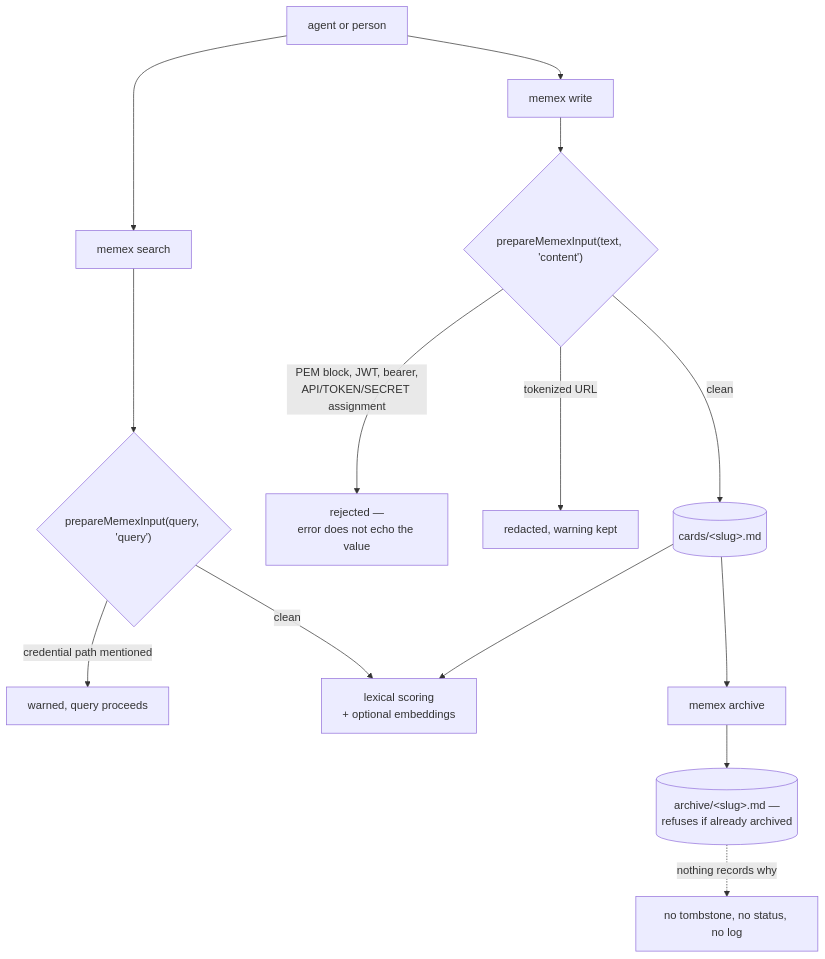
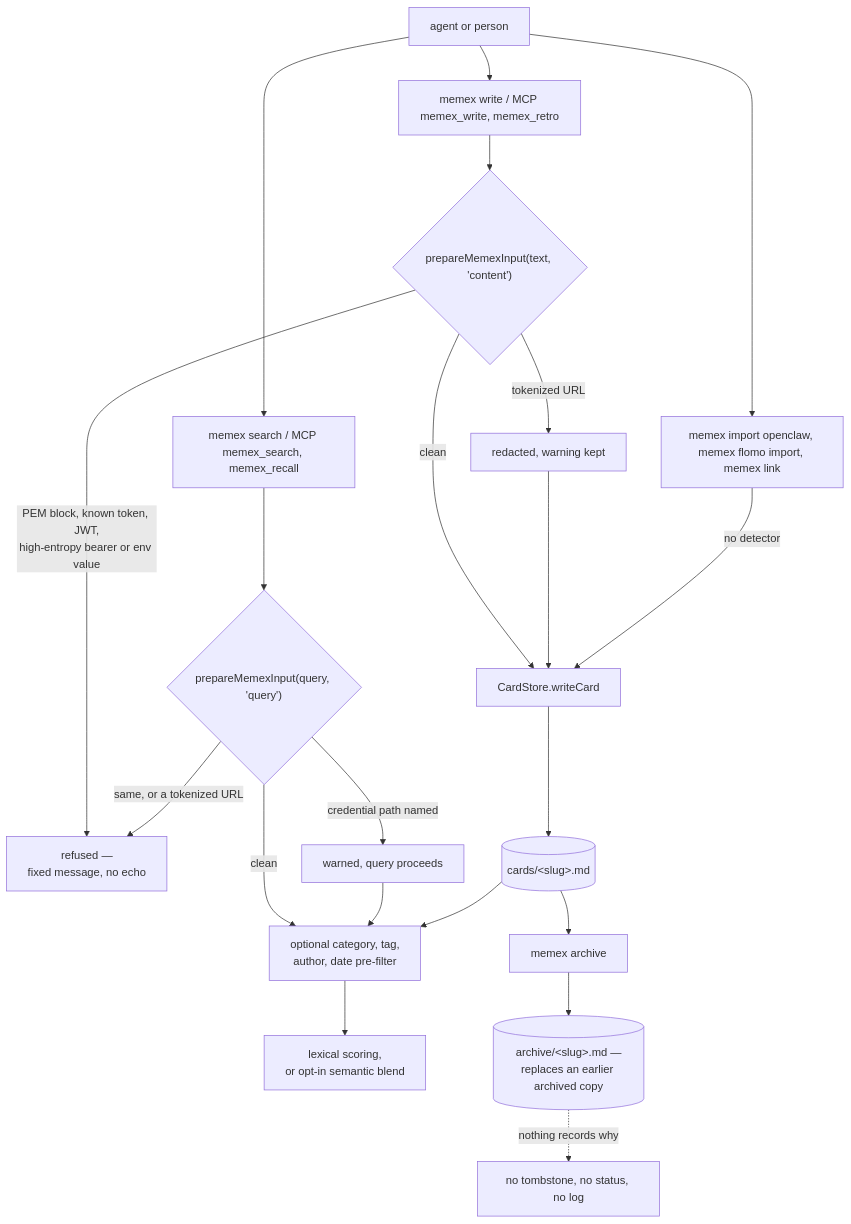
Before and after one commit to neoneye/agent-memory-atlas: the diagram in content/systems/memex-zettel.md, drawn with Mermaid. The commit also changed other lines of this file and 22 other files, not shown here.

````diff
--- a/content/systems/memex-zettel.md
+++ b/content/systems/memex-zettel.md
@@ -75,17 +97,24 @@
 ```mermaid
-%% caption: the credential detector is the only thing standing between an agent and a card, and it runs on the query as well as the write because a query can leak a secret as easily as a note can
+%% caption: the detector guards the write and search commands, not the store; importers and the link command reach the cards directory without it, and archiving leaves nothing that says why
 flowchart TB
-    A["agent or person"] --> W["memex write"]
-    A --> Q["memex search"]
+    A["agent or person"] --> W["memex write / MCP memex_write, memex_retro"]
+    A --> Q["memex search / MCP memex_search, memex_recall"]
+    A --> IMP["memex import openclaw, memex flomo import, memex link"]
     W --> G1{"prepareMemexInput(text, 'content')"}
     Q --> G2{"prepareMemexInput(query, 'query')"}
-    G1 -->|"PEM block, JWT, bearer,<br/>API/TOKEN/SECRET assignment"| REJ["rejected —<br/>error does not echo the value"]
-    G2 -->|"credential path mentioned"| WARN["warned, query proceeds"]
+    G1 -->|"PEM block, known token, JWT,<br/>high-entropy bearer or env value"| REJ["refused —<br/>fixed message, no echo"]
+    G2 -->|"same, or a tokenized URL"| REJ
     G1 -->|"tokenized URL"| RED["redacted, warning kept"]
-    G1 -->|clean| CARD[("cards/&lt;slug&gt;.md")]
-    G2 -->|clean| SCORE["lexical scoring<br/>+ optional embeddings"]
-    CARD --> SCORE
+    G2 -->|"credential path named"| WARN["warned, query proceeds"]
+    G1 -->|clean| STORE["CardStore.writeCard"]
+    RED --> STORE
+    IMP -->|"no detector"| STORE
+    STORE --> CARD[("cards/&lt;slug&gt;.md")]
+    G2 -->|clean| FILT["optional category, tag,<br/>author, date pre-filter"]
+    WARN --> FILT
+    CARD --> FILT
+    FILT --> SCORE["lexical scoring,<br/>or opt-in semantic blend"]
     CARD --> ARCH["memex archive"]
-    ARCH --> AD[("archive/&lt;slug&gt;.md —<br/>refuses if already archived")]
+    ARCH --> AD[("archive/&lt;slug&gt;.md —<br/>replaces an earlier archived copy")]
     AD -.->|"nothing records why"| NOTE["no tombstone, no status, no log"]
 ```
````
